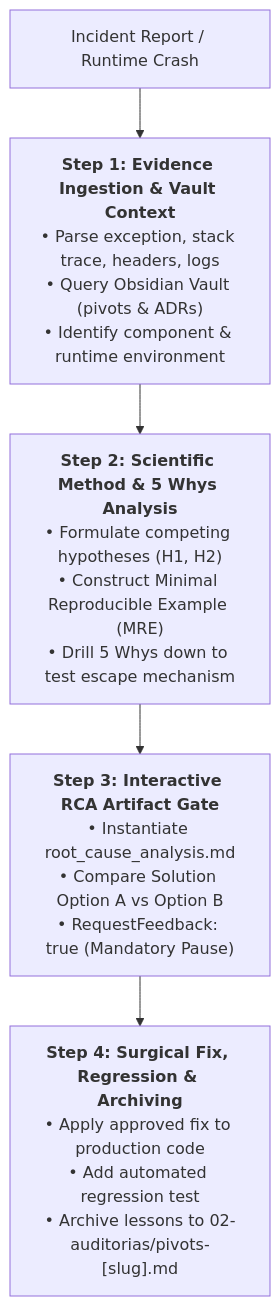
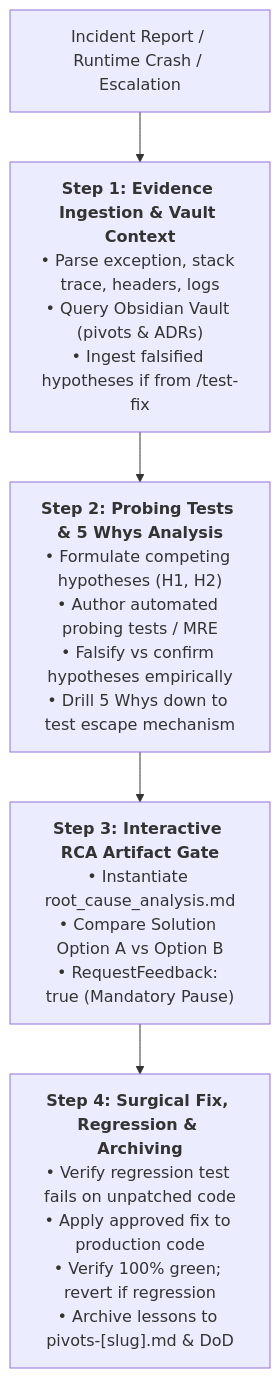
The diagram in skills/debug/SKILL.md (MarcosVeniciu/antigravity-agentic-skills), drawn with Mermaid before and after one commit. The commit also changed other lines of this file and 10 other files, not shown here.

Commit message:
feat(skills): add probing tests protocol, test-fix escalation, and powershell command compatibility

````diff
--- a/skills/debug/SKILL.md
+++ b/skills/debug/SKILL.md
@@ -25,7 +27,7 @@
 ```mermaid
 flowchart TD
-    Crash["Incident Report / Runtime Crash"] --> S1["<b>Step 1: Evidence Ingestion & Vault Context</b><br/>• Parse exception, stack trace, headers, logs<br/>• Query Obsidian Vault (pivots & ADRs)<br/>• Identify component & runtime environment"]
-    S1 --> S2["<b>Step 2: Scientific Method & 5 Whys Analysis</b><br/>• Formulate competing hypotheses (H1, H2)<br/>• Construct Minimal Reproducible Example (MRE)<br/>• Drill 5 Whys down to test escape mechanism"]
+    Crash["Incident Report / Runtime Crash / Escalation"] --> S1["<b>Step 1: Evidence Ingestion & Vault Context</b><br/>• Parse exception, stack trace, headers, logs<br/>• Query Obsidian Vault (pivots & ADRs)<br/>• Ingest falsified hypotheses if from /test-fix"]
+    S1 --> S2["<b>Step 2: Probing Tests & 5 Whys Analysis</b><br/>• Formulate competing hypotheses (H1, H2)<br/>• Author automated probing tests / MRE<br/>• Falsify vs confirm hypotheses empirically<br/>• Drill 5 Whys down to test escape mechanism"]
     S2 --> S3["<b>Step 3: Interactive RCA Artifact Gate</b><br/>• Instantiate root_cause_analysis.md<br/>• Compare Solution Option A vs Option B<br/>• RequestFeedback: true (Mandatory Pause)"]
-    S3 --> S4["<b>Step 4: Surgical Fix, Regression & Archiving</b><br/>• Apply approved fix to production code<br/>• Add automated regression test<br/>• Archive lessons to 02-auditorias/pivots-[slug].md"]
+    S3 --> S4["<b>Step 4: Surgical Fix, Regression & Archiving</b><br/>• Verify regression test fails on unpatched code<br/>• Apply approved fix to production code<br/>• Verify 100% green; revert if regression<br/>• Archive lessons to pivots-[slug].md & DoD"]
 ```
````
